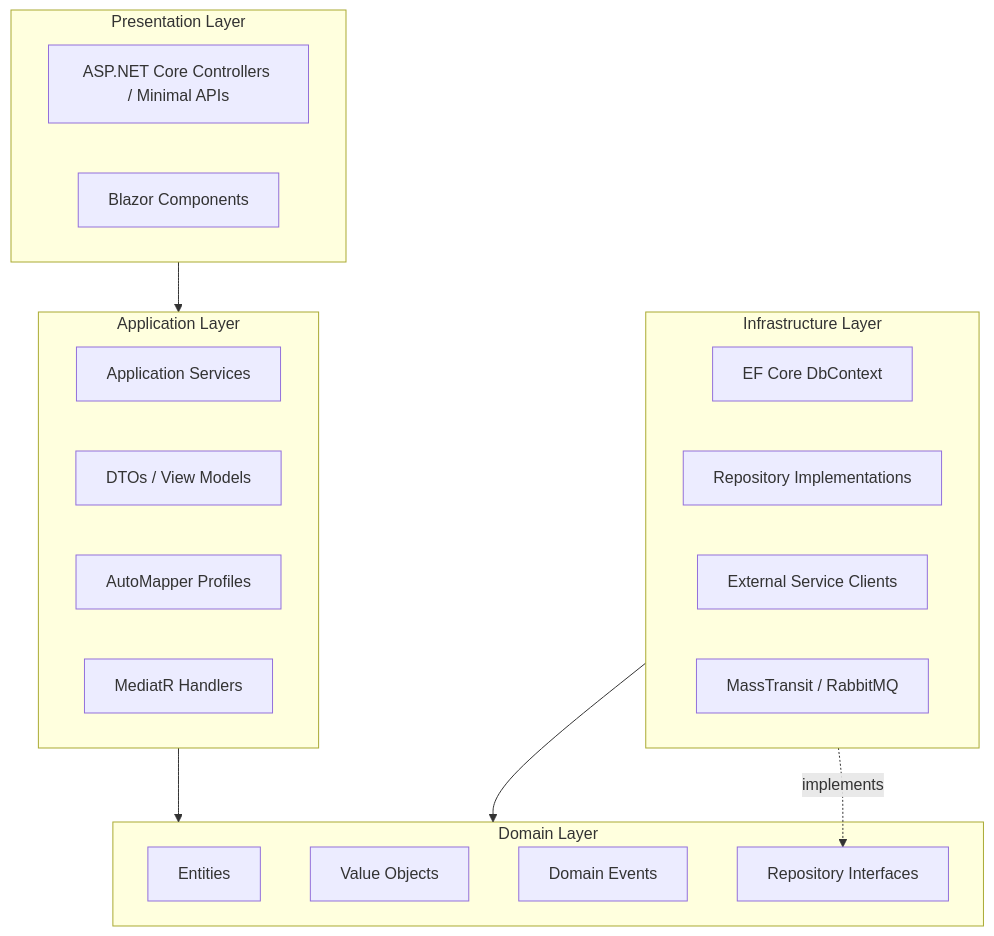
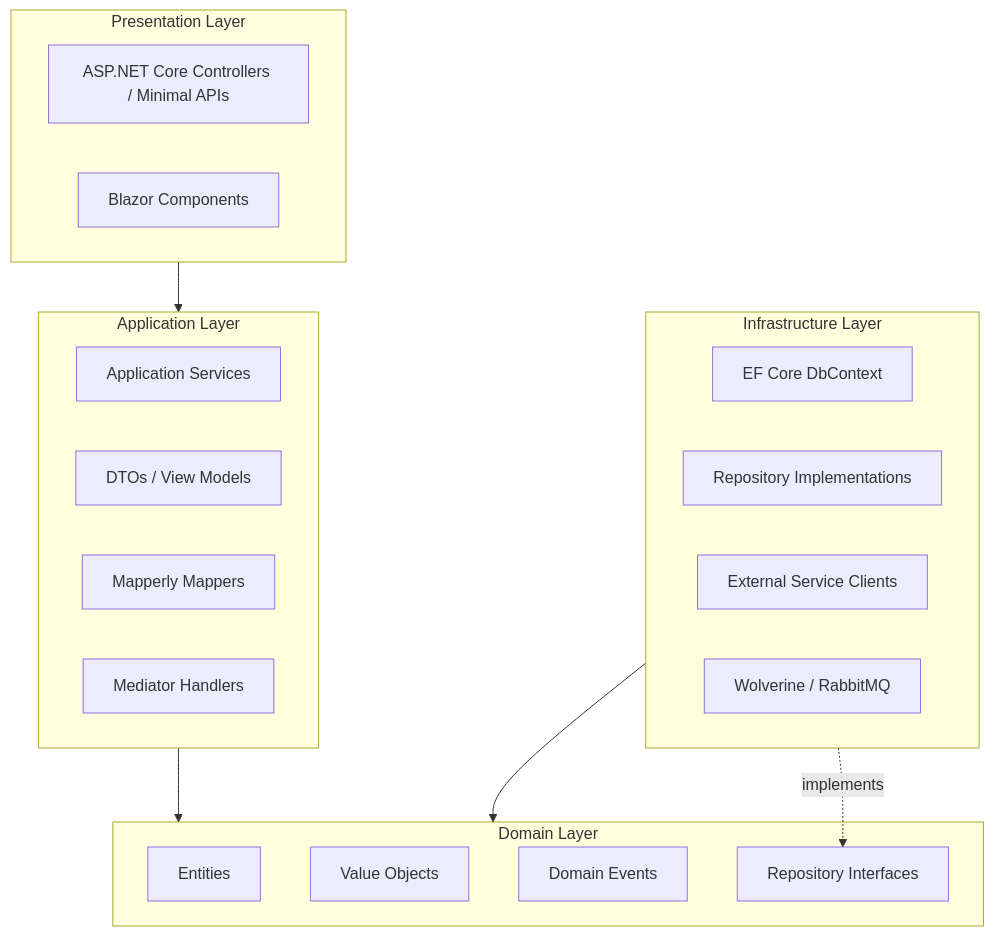
Before and after one commit to novotnyllc/dotnet-marketplace: the third of 21 diagrams in skills/dotnet-tooling/references/mermaid-diagrams.md, drawn with Mermaid. The commit also changed other lines of this file and 51 other files, not shown here.

````diff
--- a/skills/dotnet-tooling/references/mermaid-diagrams.md
+++ b/skills/dotnet-tooling/references/mermaid-diagrams.md
@@ -222,33 +173,33 @@
 ```mermaid
 graph TB
     subgraph Presentation["Presentation Layer"]
         API["ASP.NET Core Controllers / Minimal APIs"]
         Blazor["Blazor Components"]
     end
 
     subgraph Application["Application Layer"]
         Services["Application Services"]
         DTOs["DTOs / View Models"]
-        Mappings["AutoMapper Profiles"]
-        CQRS["MediatR Handlers"]
+        Mappings["Mapperly Mappers"]
+        CQRS["Mediator Handlers"]
     end
 
     subgraph Domain["Domain Layer"]
         Entities["Entities"]
         ValueObjects["Value Objects"]
         DomainEvents["Domain Events"]
         Interfaces["Repository Interfaces"]
     end
 
     subgraph Infrastructure["Infrastructure Layer"]
         EFCore["EF Core DbContext"]
         Repositories["Repository Implementations"]
         ExternalServices["External Service Clients"]
-        Messaging["MassTransit / RabbitMQ"]
+        Messaging["Wolverine / RabbitMQ"]
     end
 
     Presentation --> Application
     Application --> Domain
     Infrastructure --> Domain
     Infrastructure -.->|"implements"| Interfaces
 ```
````
